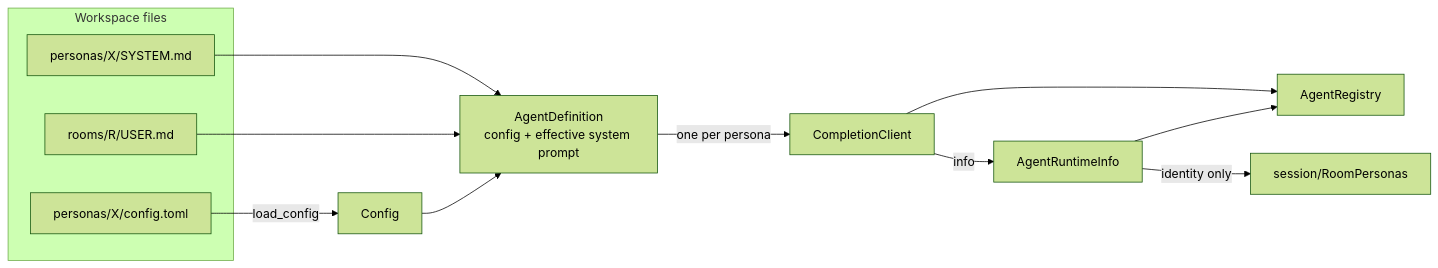
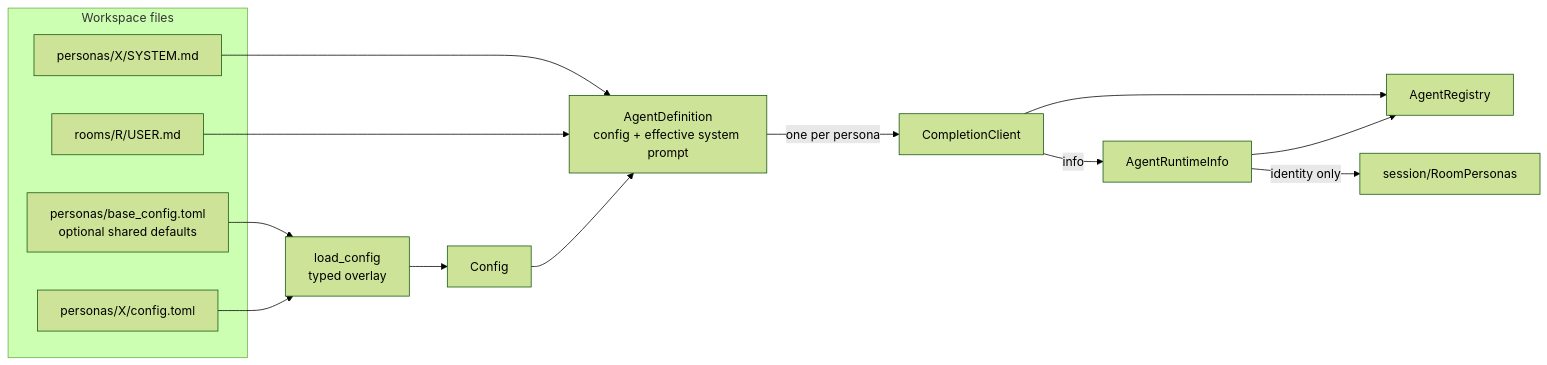
One commit to michaelpopov/cha changed the first of 4 diagrams in src/agents/README.md. Above: the diagram before and after it, drawn with Mermaid (forest theme). The commit also changed other lines of this file and 15 other files, not shown here.

````diff
--- a/src/agents/README.md
+++ b/src/agents/README.md
@@ -23,18 +23,21 @@
 ```mermaid
 flowchart LR
     subgraph disk["Workspace files"]
+        base["personas/base_config.toml<br/>optional shared defaults"]
         cfg["personas/X/config.toml"]
         sys["personas/X/SYSTEM.md"]
         usr["rooms/R/USER.md"]
     end
 
-    cfg -->|"load_config"| conf["Config"]
+    base --> load["load_config<br/>typed overlay"]
+    cfg --> load
+    load --> conf["Config"]
     sys --> def["AgentDefinition<br/>config + effective system prompt"]
     usr --> def
     conf --> def
     def -->|"one per persona"| client["CompletionClient"]
     client --> registry["AgentRegistry"]
     client -->|"info"| runtime["AgentRuntimeInfo"]
     runtime --> registry
     runtime -->|"identity only"| personas["session/RoomPersonas"]
 ```
````
